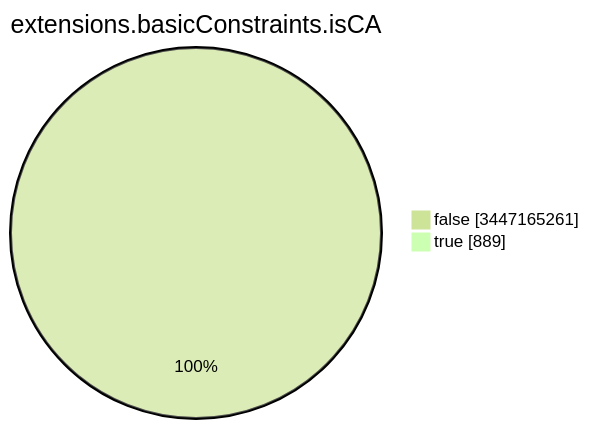
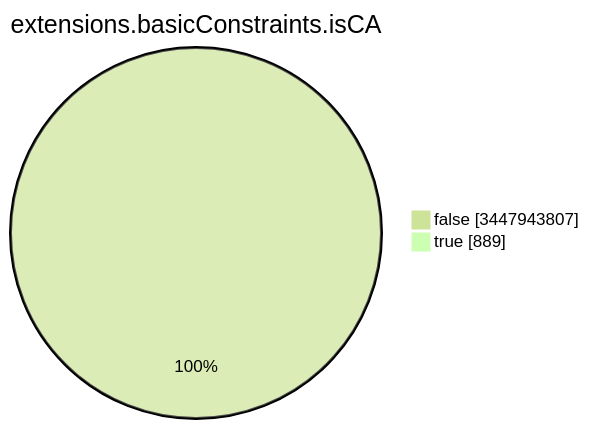
The seventh of 15 diagrams in TOTAL/README.md (christiankrug/ctmonitor_visualization), drawn with Mermaid (forest theme) before and after one commit. The commit also changed other lines of this file, not shown here.

````diff
--- a/TOTAL/README.md
+++ b/TOTAL/README.md
@@ -3092,6 +3092,6 @@
 ```mermaid
 pie showData
 title extensions.basicConstraints.isCA
-"false" :3447165261
+"false" :3447943807
 "true" :889
 ```
````
